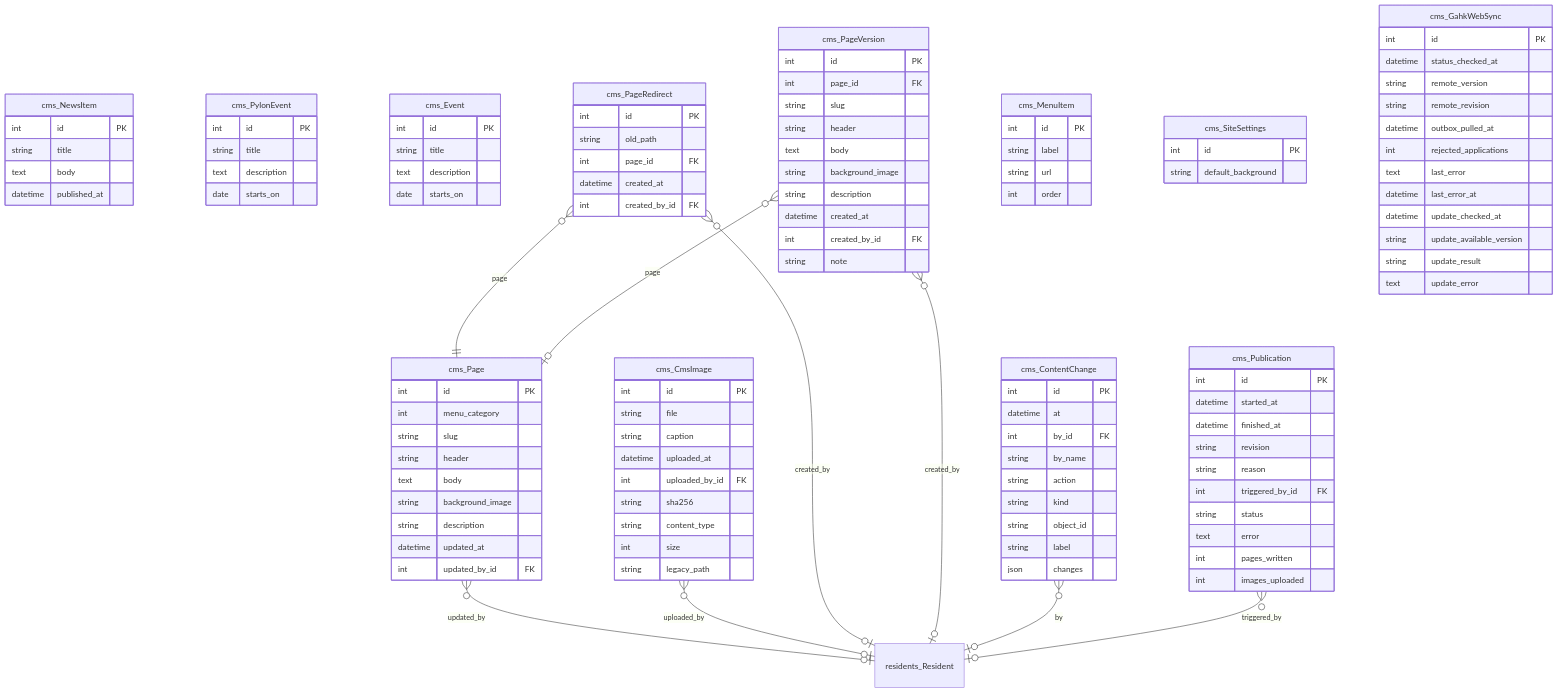
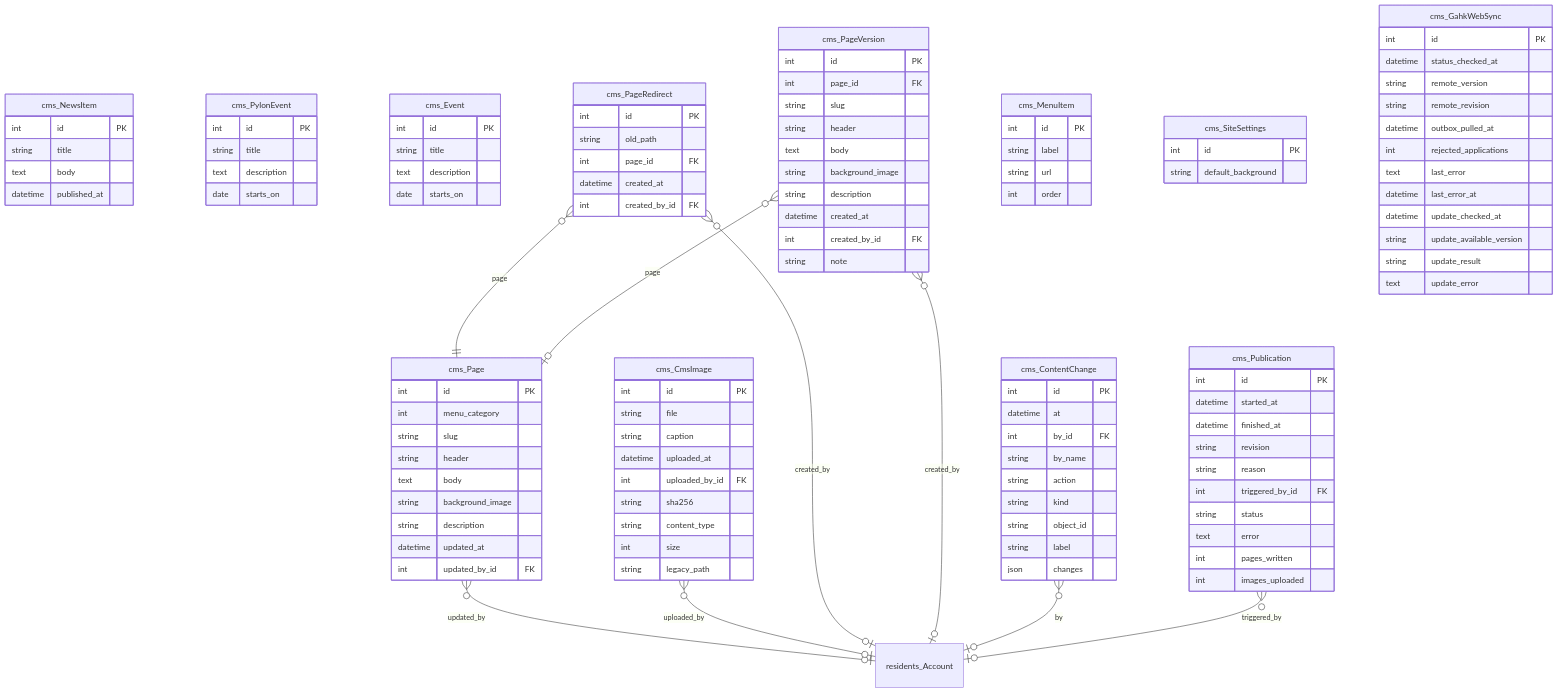
One commit to GAHK-org/gahk_intern changed the fifth of 18 diagrams in docs/erd.md. Above: the diagram before and after it, drawn with Mermaid. The commit also changed other lines of this file and 148 other files, not shown here.

````diff
--- a/docs/erd.md
+++ b/docs/erd.md
@@ -1375,14 +1389,14 @@
         text update_error
     }
 
-    residents_Resident { }
+    residents_Account { }
 
-    cms_Page }o--|o residents_Resident : "updated_by"
-    cms_CmsImage }o--|o residents_Resident : "uploaded_by"
+    cms_Page }o--|o residents_Account : "updated_by"
+    cms_CmsImage }o--|o residents_Account : "uploaded_by"
     cms_PageRedirect }o--|| cms_Page : "page"
-    cms_PageRedirect }o--|o residents_Resident : "created_by"
+    cms_PageRedirect }o--|o residents_Account : "created_by"
     cms_PageVersion }o--|o cms_Page : "page"
-    cms_PageVersion }o--|o residents_Resident : "created_by"
-    cms_ContentChange }o--|o residents_Resident : "by"
-    cms_Publication }o--|o residents_Resident : "triggered_by"
+    cms_PageVersion }o--|o residents_Account : "created_by"
+    cms_ContentChange }o--|o residents_Account : "by"
+    cms_Publication }o--|o residents_Account : "triggered_by"
 ```
````
